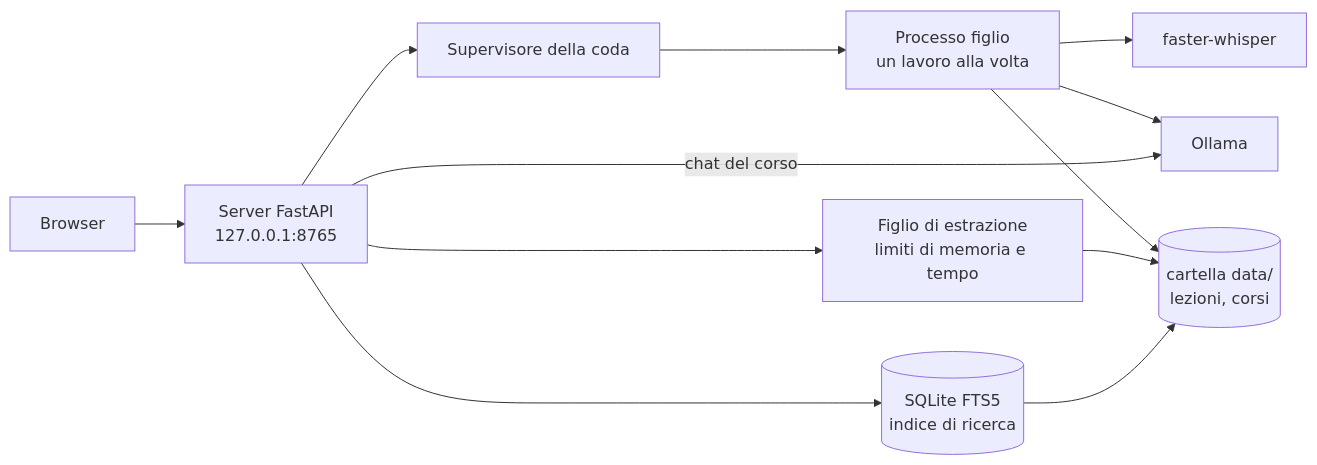
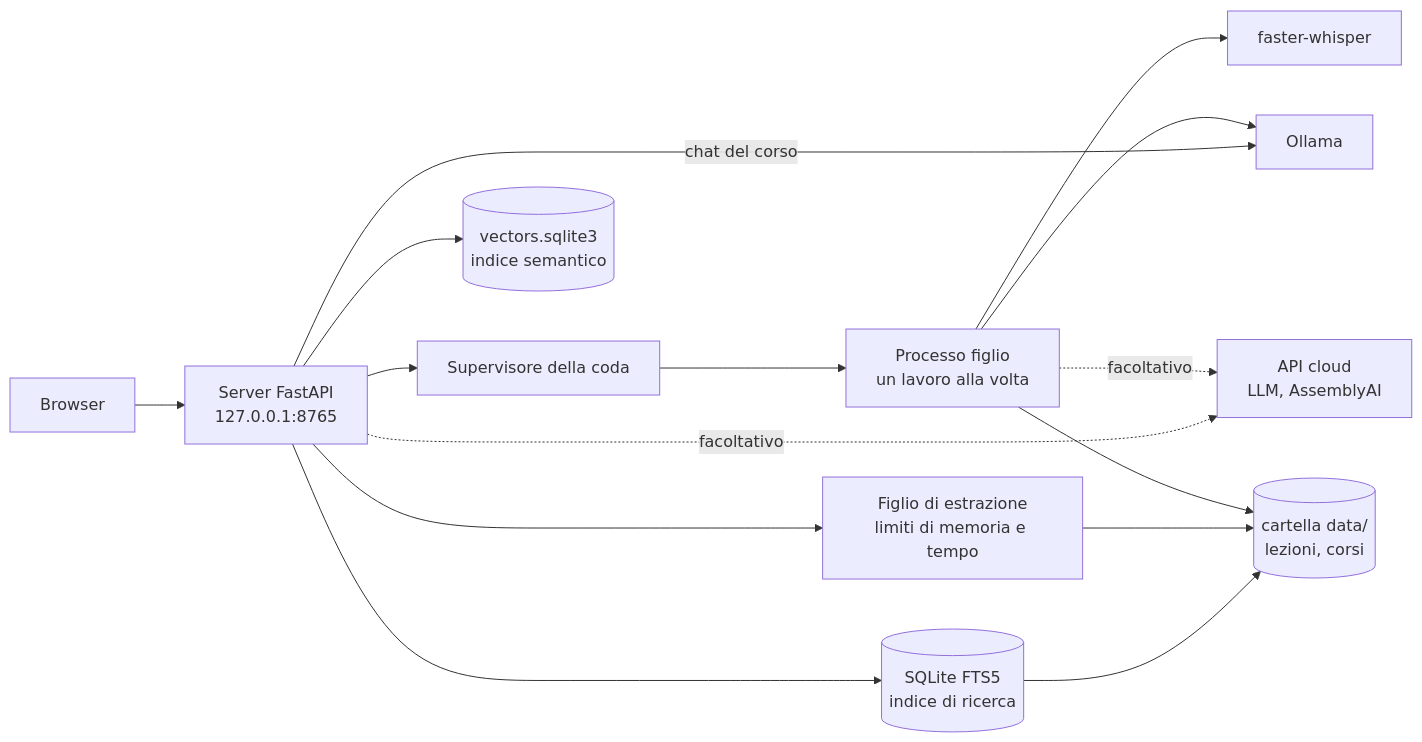
One commit to AndreaBonn/speech-to-text changed the diagram in README.it.md. Above: the diagram before and after it, drawn with Mermaid. The commit also changed other lines of this file and 3 other files, not shown here.

````diff
--- a/README.it.md
+++ b/README.it.md
@@ -83,14 +96,17 @@
 ```mermaid
 flowchart LR
     browser["Browser"] --> server["Server FastAPI<br/>127.0.0.1:8765"]
     server --> supervisor["Supervisore della coda"]
     supervisor --> runner["Processo figlio<br/>un lavoro alla volta"]
     runner --> whisper["faster-whisper"]
     runner --> ollama["Ollama"]
     server -- "chat del corso" --> ollama
+    runner -. "facoltativo" .-> cloud["API cloud<br/>LLM, AssemblyAI"]
+    server -. "facoltativo" .-> cloud
     server --> extractor["Figlio di estrazione<br/>limiti di memoria e tempo"]
     runner --> data[("cartella data/<br/>lezioni, corsi")]
     extractor --> data
     server --> index[("SQLite FTS5<br/>indice di ricerca")]
+    server --> vectors[("vectors.sqlite3<br/>indice semantico")]
     index --> data
 ```
````
